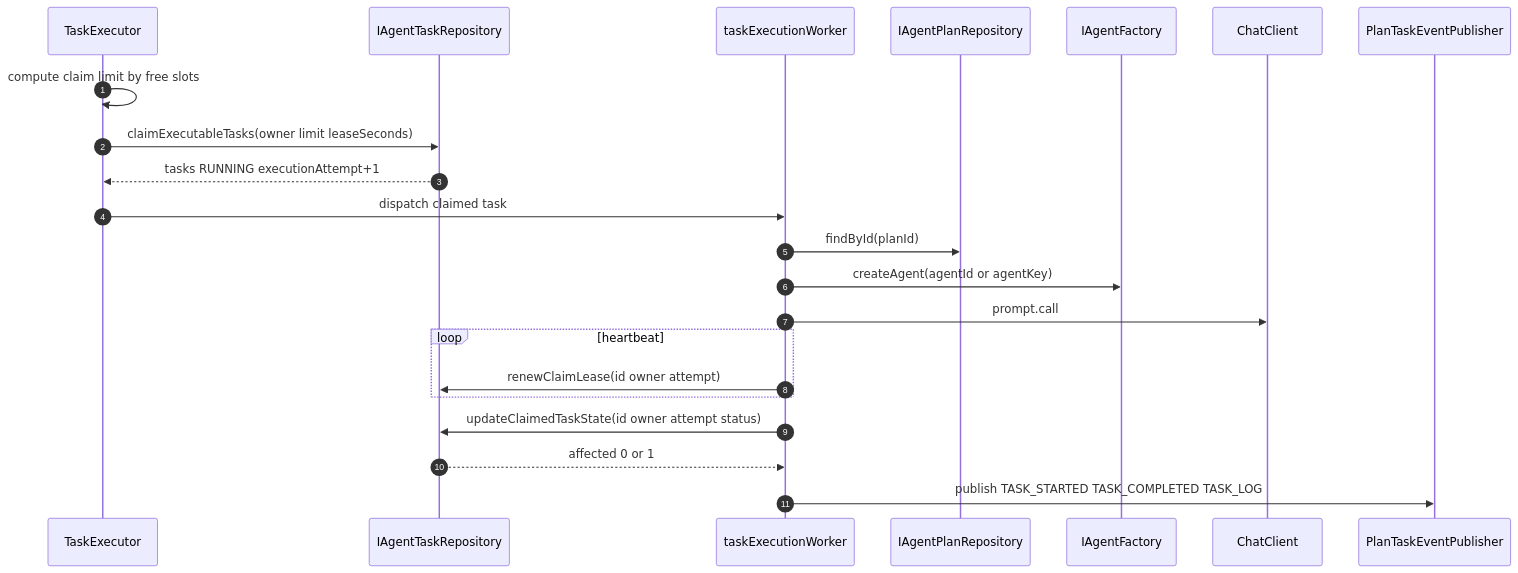
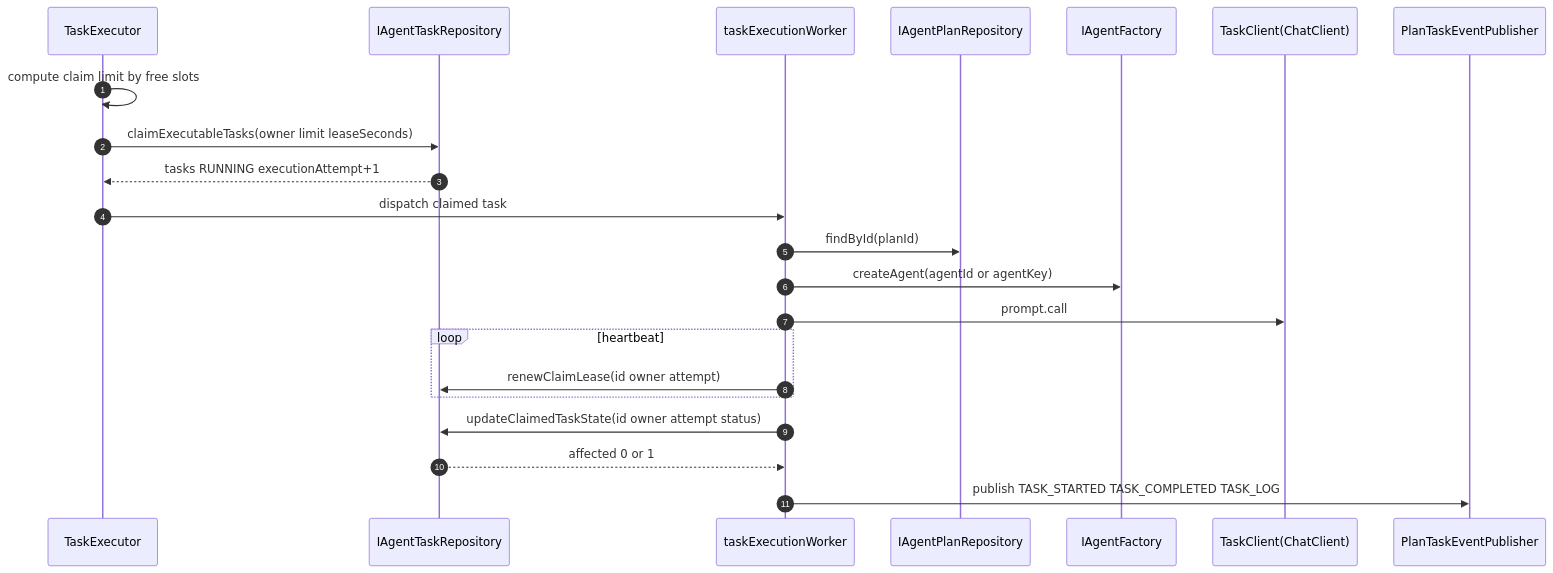
One commit to letmetocode/agent changed the second of 2 diagrams in docs/design/04-task-claim-and-execution.md. Above: the diagram before and after it, drawn with Mermaid. The commit also changed other lines of this file and 115 other files, not shown here.

````diff
--- a/docs/design/04-task-claim-and-execution.md
+++ b/docs/design/04-task-claim-and-execution.md
@@ -30,24 +30,24 @@
 ```mermaid
 sequenceDiagram
     autonumber
     participant EX as TaskExecutor
     participant TR as IAgentTaskRepository
     participant W as taskExecutionWorker
     participant AR as IAgentPlanRepository
     participant AF as IAgentFactory
-    participant LLM as ChatClient
+    participant LLM as TaskClient(ChatClient)
     participant EVT as PlanTaskEventPublisher
     EX->>EX: compute claim limit by free slots
     EX->>TR: claimExecutableTasks(owner limit leaseSeconds)
     TR-->>EX: tasks RUNNING executionAttempt+1
     EX->>W: dispatch claimed task
     W->>AR: findById(planId)
     W->>AF: createAgent(agentId or agentKey)
     W->>LLM: prompt.call
     loop heartbeat
         W->>TR: renewClaimLease(id owner attempt)
     end
     W->>TR: updateClaimedTaskState(id owner attempt status)
     TR-->>W: affected 0 or 1
     W->>EVT: publish TASK_STARTED TASK_COMPLETED TASK_LOG
 ```
````
